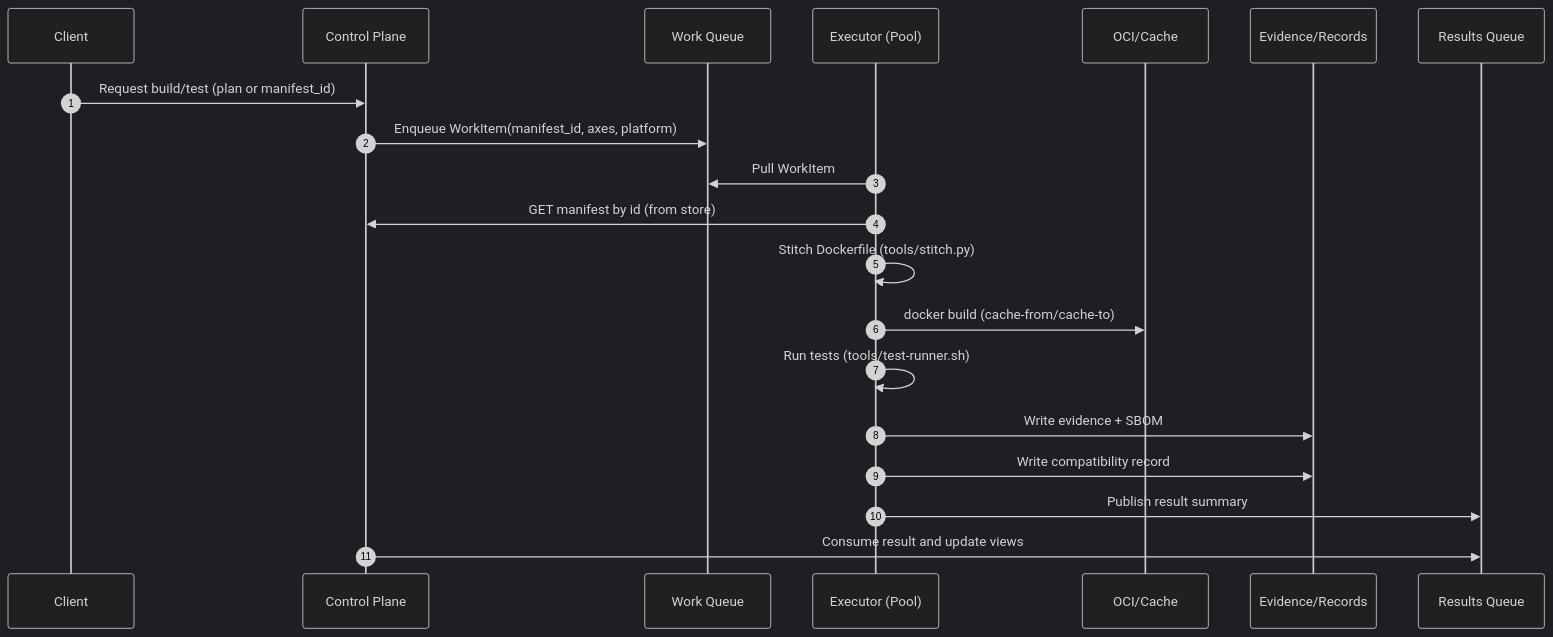
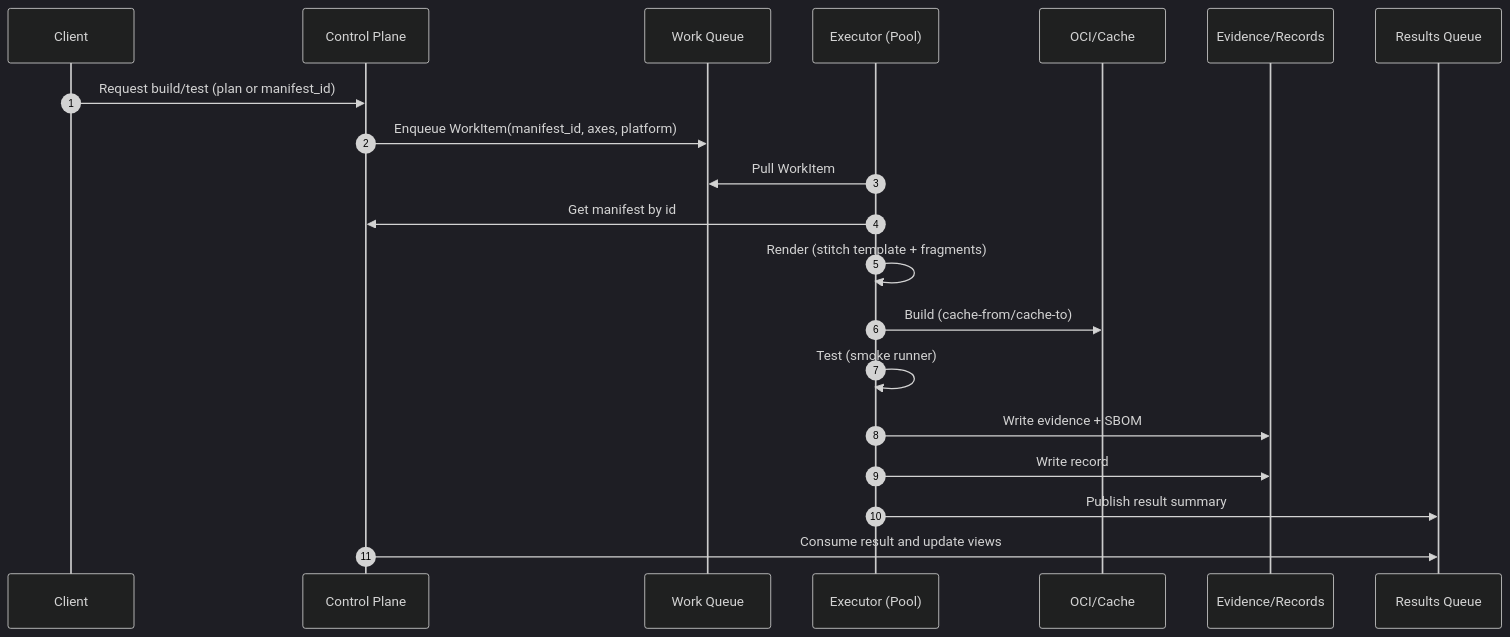
One commit to leucir/factory changed the second of 3 diagrams in scale.md. Above: the diagram before and after it, drawn with Mermaid (dark theme). The commit also changed other lines of this file, not shown here.

````diff
--- a/scale.md
+++ b/scale.md
@@ -108,23 +142,23 @@
 ```mermaid
 sequenceDiagram
   autonumber
   participant Client
   participant ControlPlane as Control Plane
   participant WQ as Work Queue
   participant Exec as Executor (Pool)
-  participant OCI as OCI/Cache
+  participant Registry as OCI/Cache
   participant Store as Evidence/Records
   participant RQ as Results Queue
 
   Client->>ControlPlane: Request build/test (plan or manifest_id)
   ControlPlane->>WQ: Enqueue WorkItem(manifest_id, axes, platform)
   Exec->>WQ: Pull WorkItem
-  Exec->>ControlPlane: GET manifest by id (from store)
-  Exec->>Exec: Stitch Dockerfile (tools/stitch.py)
-  Exec->>OCI: docker build (cache-from/cache-to)
-  Exec->>Exec: Run tests (tools/test-runner.sh)
+  Exec->>ControlPlane: Get manifest by id
+  Exec->>Exec: Render (stitch template + fragments)
+  Exec->>Registry: Build (cache-from/cache-to)
+  Exec->>Exec: Test (smoke runner)
   Exec->>Store: Write evidence + SBOM
-  Exec->>Store: Write compatibility record
+  Exec->>Store: Write record
   Exec->>RQ: Publish result summary
   ControlPlane->>RQ: Consume result and update views
 ```
````
